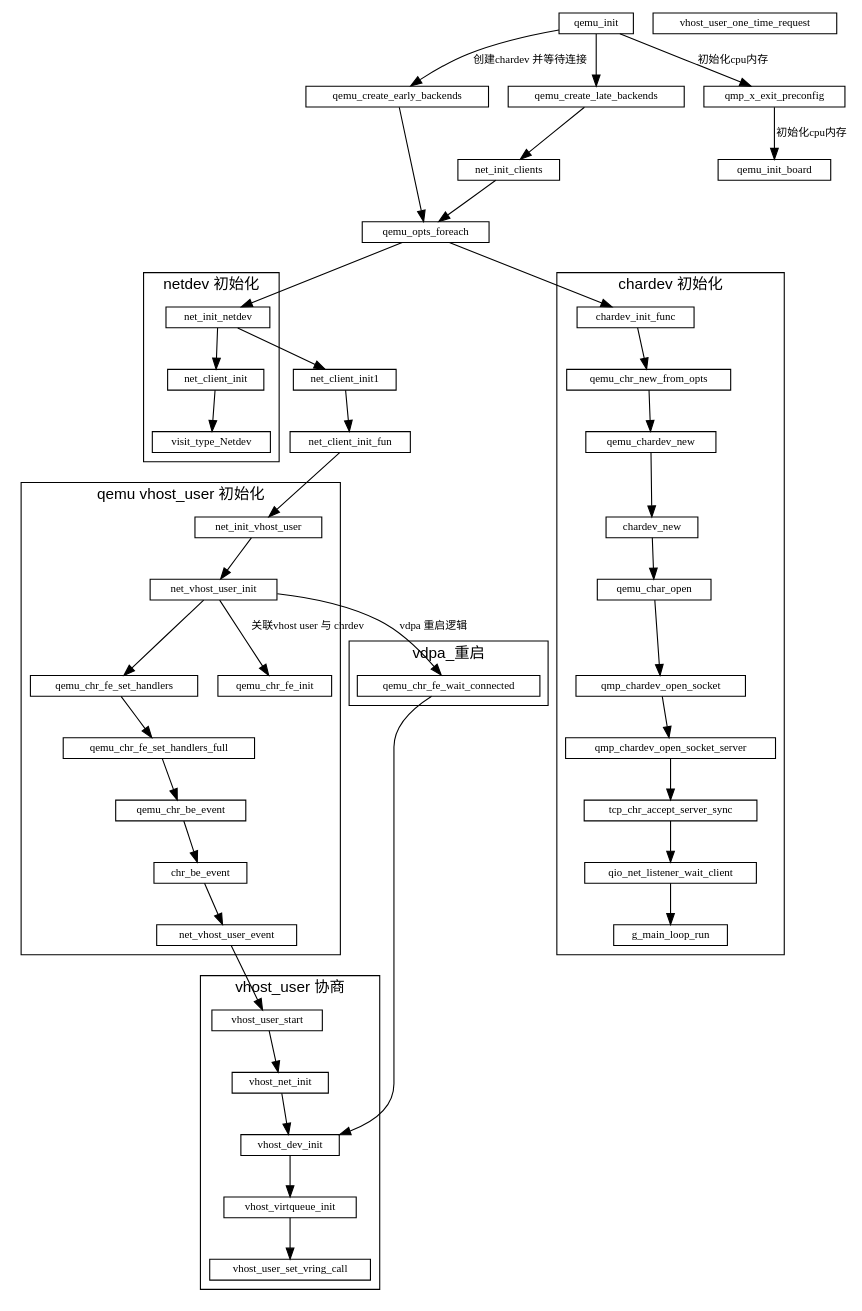
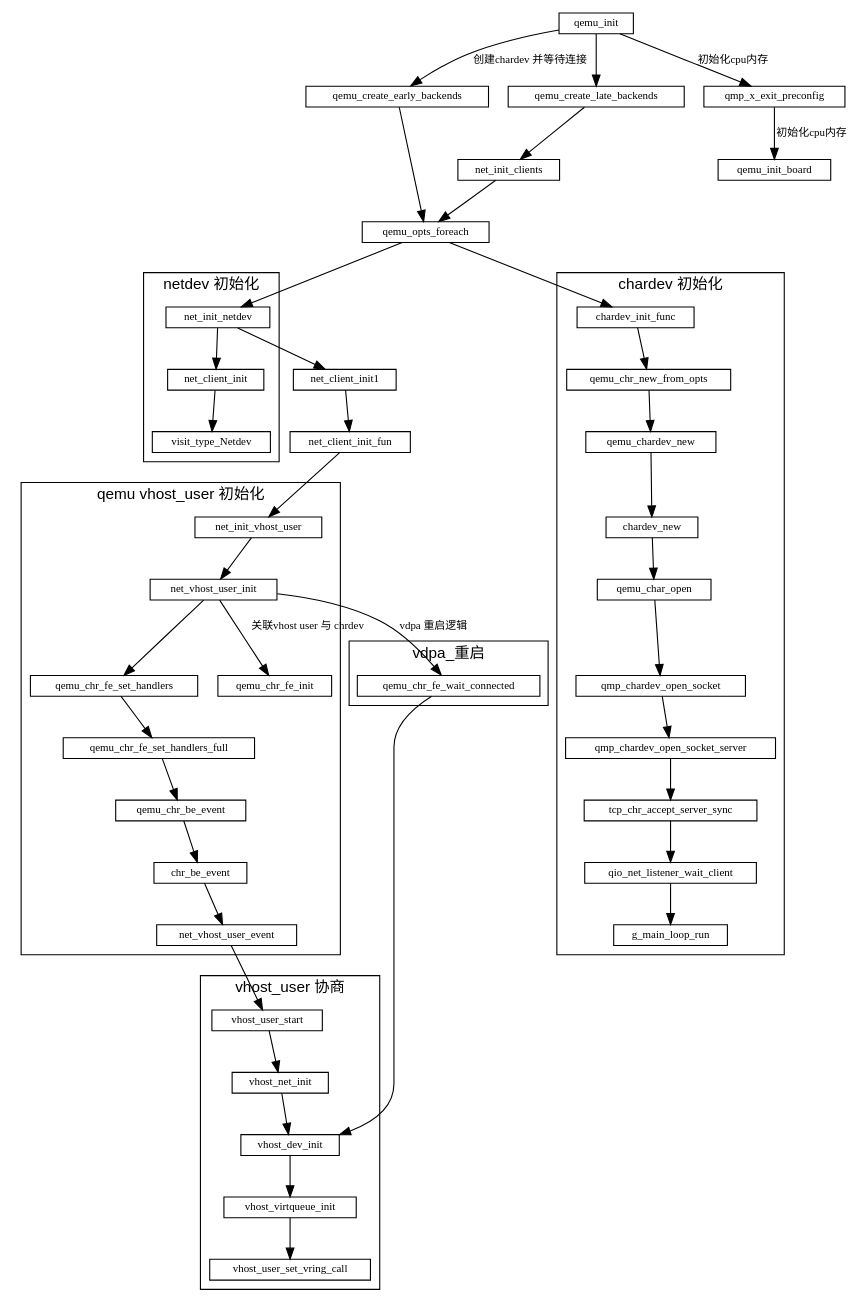
One commit to sisyphus1212/note changed the diagram in qemu/qemu初始化.md. Above: the diagram before and after it, drawn with Graphviz.

Commit message:
auto_update

````diff
--- a/qemu/qemu初始化.md
+++ b/qemu/qemu初始化.md
@@ -92,6 +92,6 @@
 
     //net_vhost_user_event
 
-    vhost_user_one_time_request
+    //vhost_user_one_time_request
 }
 ```
````
